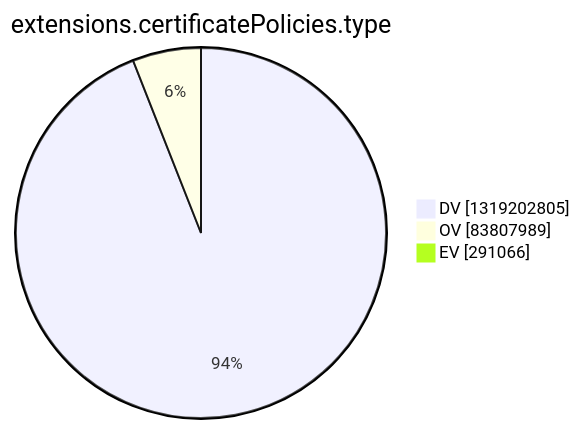
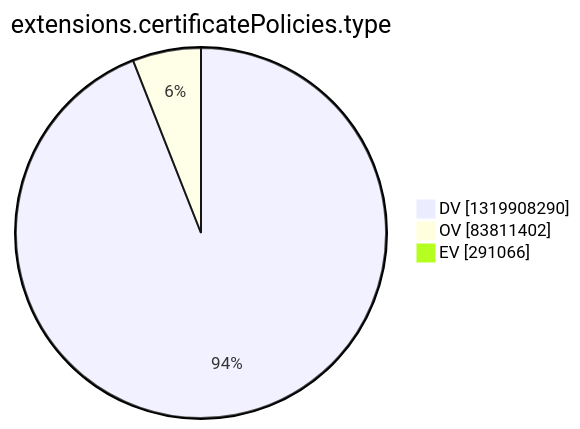
Before and after one commit to christiankrug/ctmonitor_visualization: the tenth of 15 diagrams in argon2022/README.md, drawn with Mermaid. The commit also changed other lines of this file, not shown here.

````diff
--- a/argon2022/README.md
+++ b/argon2022/README.md
@@ -2772,7 +2772,7 @@
 ```mermaid
 pie showData
 title extensions.certificatePolicies.type
-"DV" :1319202805
-"OV" :83807989
+"DV" :1319908290
+"OV" :83811402
 "EV" :291066
 ```
````
